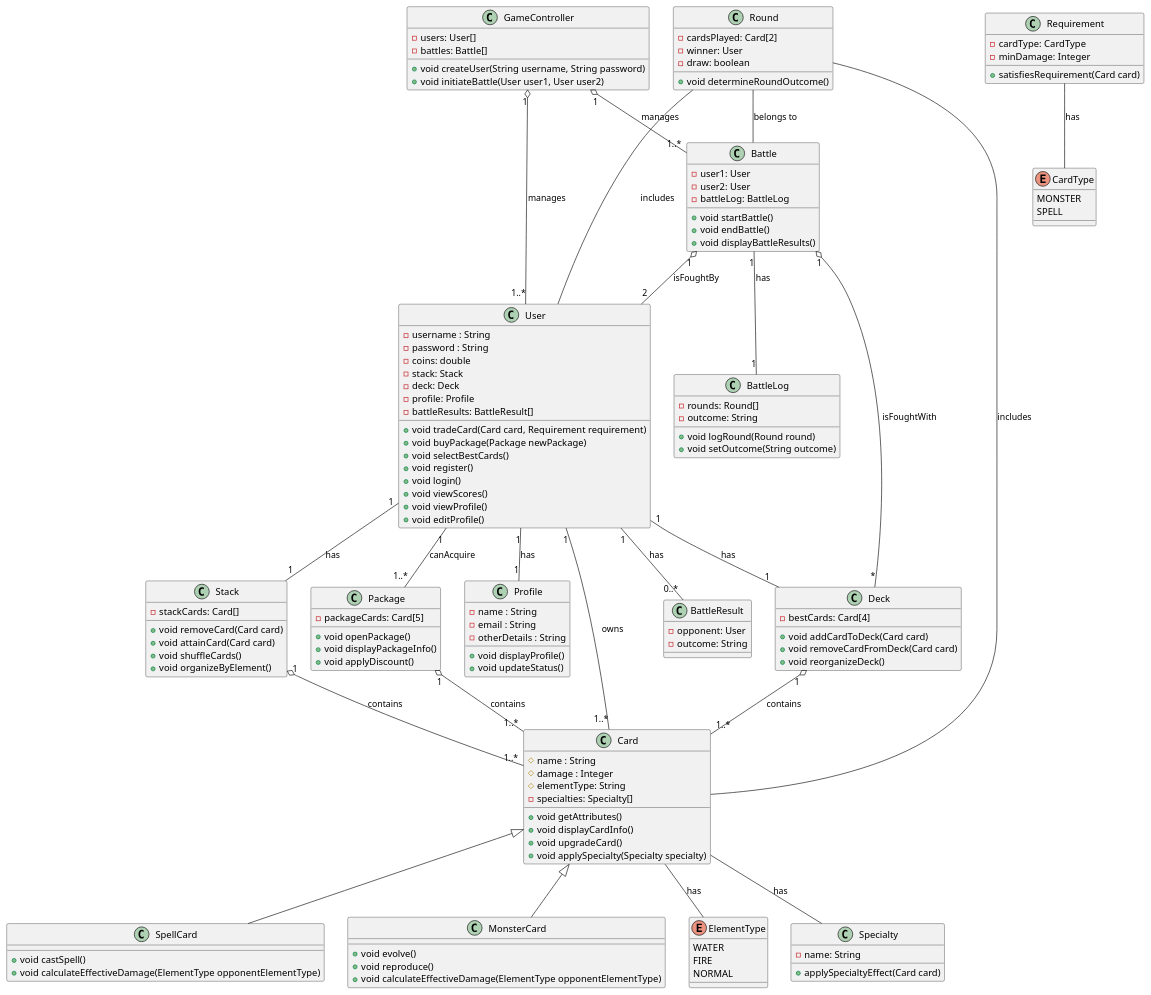
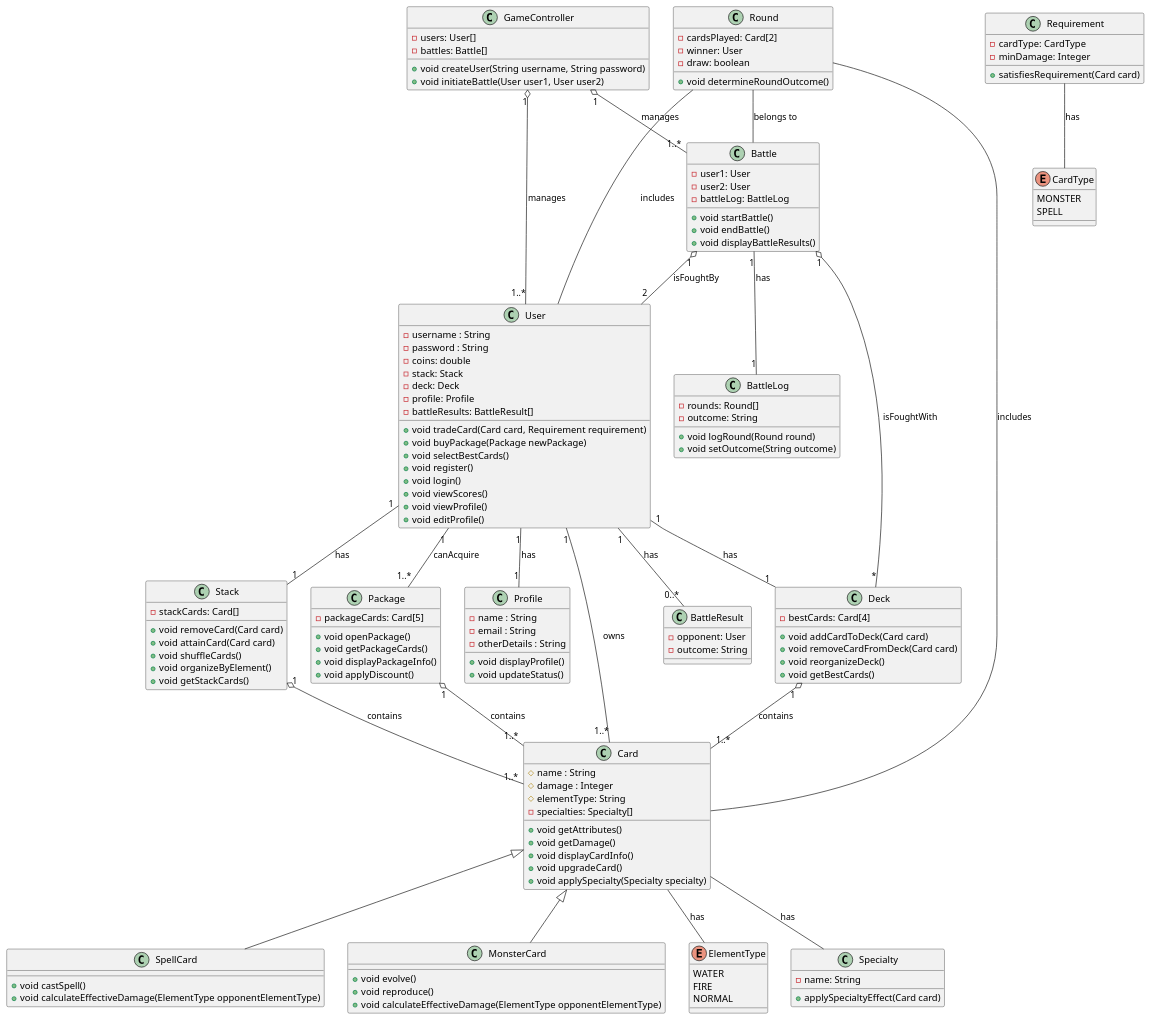
The diagram in src/main/java/org/example/Klassen.puml (gregory567/Monster-Trading-Cards-Game-MTCG), drawn with PlantUML before and after one commit. The commit also changed 1 other file, not shown here.

Commit message:
started the implementation of the user class and updated the plantUML diagram accordingly

```diff
--- a/src/main/java/org/example/Klassen.puml
+++ b/src/main/java/org/example/Klassen.puml
@@ -1,160 +1,164 @@
 @startuml
 'https://plantuml.com/sequence-diagram
 
 class User {
     - username : String
     - password : String
     - coins: double
     - stack: Stack
     - deck: Deck
     - profile: Profile
     - battleResults: BattleResult[]
     + void tradeCard(Card card, Requirement requirement)
     + void buyPackage(Package newPackage)
     + void selectBestCards()
     + void register()
     + void login()
     + void viewScores()
     + void viewProfile()
     + void editProfile()
 }
 
 class Profile {
     - name : String
     - email : String
     - otherDetails : String
     + void displayProfile()
     + void updateStatus()
 }
 
 class Card {
     # name : String
     # damage : Integer
     # elementType: String
     - specialties: Specialty[]
     + void getAttributes()
+    + void getDamage()
     + void displayCardInfo()
     + void upgradeCard()
     + void applySpecialty(Specialty specialty)
 }
 
 class SpellCard {
     + void castSpell()
     + void calculateEffectiveDamage(ElementType opponentElementType)
 }
 
 class MonsterCard {
     + void evolve()
     + void reproduce()
     + void calculateEffectiveDamage(ElementType opponentElementType)
 }
 
 class Stack{
     - stackCards: Card[]
     + void removeCard(Card card)
     + void attainCard(Card card)
     + void shuffleCards()
     + void organizeByElement()
+    + void getStackCards()
 }
 
 class Package {
     - packageCards: Card[5]
     + void openPackage()
+    + void getPackageCards()
     + void displayPackageInfo()
     + void applyDiscount()
 }
 
 class Deck {
     - bestCards: Card[4]
     + void addCardToDeck(Card card)
     + void removeCardFromDeck(Card card)
     + void reorganizeDeck()
+    + void getBestCards()
 }
 
 enum ElementType {
     WATER
     FIRE
     NORMAL
 }
 
 class Requirement {
     - cardType: CardType
     - minDamage: Integer
     + satisfiesRequirement(Card card)
 }
 
 enum CardType {
     MONSTER
     SPELL
 }
 
 class Specialty {
     - name: String
     + applySpecialtyEffect(Card card)
 }
 
 class Battle {
     - user1: User
     - user2: User
     - battleLog: BattleLog
     + void startBattle()
     + void endBattle()
     + void displayBattleResults()
 }
 
 class GameController {
     - users: User[]
     - battles: Battle[]
     + void createUser(String username, String password)
     + void initiateBattle(User user1, User user2)
 }
 
 class BattleLog {
     - rounds: Round[]
     - outcome: String
     + void logRound(Round round)
     + void setOutcome(String outcome)
 }
 
 class Round {
     - cardsPlayed: Card[2]
     - winner: User
     - draw: boolean
     + void determineRoundOutcome()
 }
 
 class BattleResult {
     - opponent: User
     - outcome: String
 }
 
 Card <|-- MonsterCard
 Card <|-- SpellCard
 
 User "1" -- "1..*" Card : owns
 User "1" -- "1" Deck : has
 User "1" -- "1..*" Package : canAcquire
 User "1" -- "1" Stack : has
 User "1" -- "1" Profile : has
 User "1" -- "0..*" BattleResult : has
 
 Stack "1" o-- "1..*" Card : contains
 Package "1" o-- "1..*" Card : contains
 Deck "1" o-- "1..*" Card : contains
 
 Battle "1" o-- "*" Deck : isFoughtWith
 Battle "1" o-- "2" User : isFoughtBy
 Battle "1" -- "1" BattleLog : has
 
 GameController "1" o-- "1..*" User : manages
 GameController "1" o-- "1..*" Battle : manages
 
 Card -- ElementType : has
 Requirement -- CardType : has
 Card -- Specialty : has
 
 Round -- Card : includes
 Round -- User : includes
 Round -- Battle : belongs to
 
 @enduml
```
